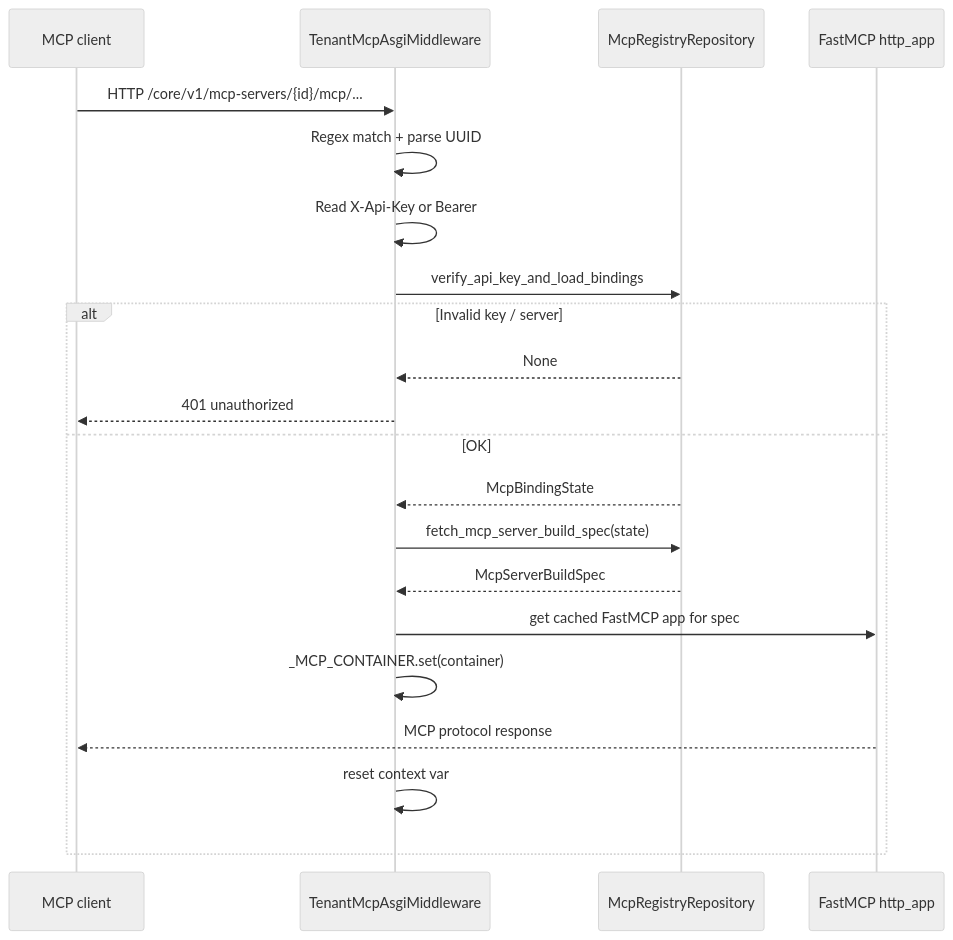
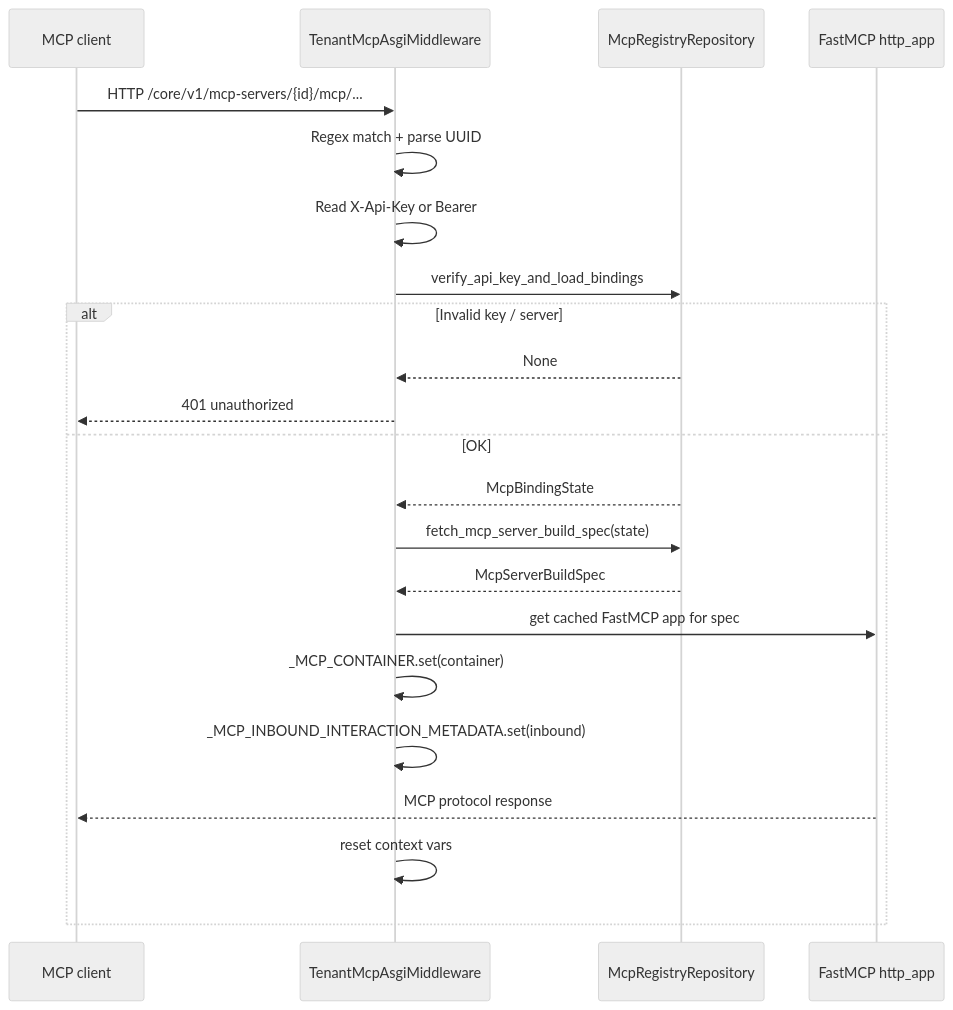
The first of 3 diagrams in docs/MCP/gateway-and-runtime.md (marcosvs98/agent-orchestration-core), drawn with Mermaid (neutral theme) before and after one commit. The commit also changed other lines of this file and 20 other files, not shown here.

````diff
--- a/docs/MCP/gateway-and-runtime.md
+++ b/docs/MCP/gateway-and-runtime.md
@@ -24,23 +24,24 @@
 ```mermaid
 sequenceDiagram
   participant MC as MCP client
   participant MW as TenantMcpAsgiMiddleware
   participant Repo as McpRegistryRepository
   participant App as FastMCP http_app
   MC->>MW: HTTP /core/v1/mcp-servers/{id}/mcp/...
   MW->>MW: Regex match + parse UUID
   MW->>MW: Read X-Api-Key or Bearer
   MW->>Repo: verify_api_key_and_load_bindings
   alt Invalid key / server
     Repo-->>MW: None
     MW-->>MC: 401 unauthorized
   else OK
     Repo-->>MW: McpBindingState
     MW->>Repo: fetch_mcp_server_build_spec(state)
     Repo-->>MW: McpServerBuildSpec
     MW->>App: get cached FastMCP app for spec
     MW->>MW: _MCP_CONTAINER.set(container)
+    MW->>MW: _MCP_INBOUND_INTERACTION_METADATA.set(inbound)
     App-->>MC: MCP protocol response
-    MW->>MW: reset context var
+    MW->>MW: reset context vars
   end
 ```
````
